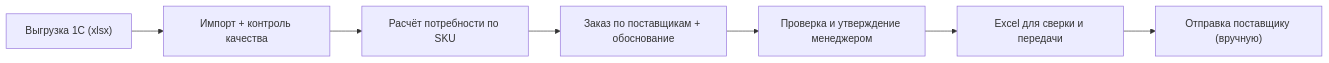
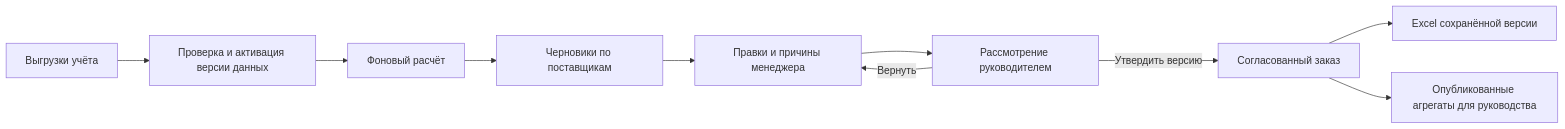
The diagram in docs/КОНЦЕПЦИЯ_СИСТЕМЫ_РК.md (BAITC-Hacks/hack-a84ff6d0-hubtech), drawn with Mermaid before and after one commit. The commit also changed other lines of this file and 120 other files, not shown here.

````diff
--- a/docs/КОНЦЕПЦИЯ_СИСТЕМЫ_РК.md
+++ b/docs/КОНЦЕПЦИЯ_СИСТЕМЫ_РК.md
@@ -62,9 +35,12 @@
 ```mermaid
 flowchart LR
-    A["Выгрузка 1С (xlsx)"] --> B["Импорт + контроль качества"]
-    B --> C["Расчёт потребности по SKU"]
-    C --> D["Заказ по поставщикам + обоснование"]
-    D --> E["Проверка и утверждение менеджером"]
-    E --> F["Excel для сверки и передачи"]
-    F --> G["Отправка поставщику (вручную)"]
+    X["Выгрузки учёта"] --> V["Проверка и активация версии данных"]
+    V --> C["Фоновый расчёт"]
+    C --> D["Черновики по поставщикам"]
+    D --> E["Правки и причины менеджера"]
+    E --> R["Рассмотрение руководителем"]
+    R -->|Вернуть| E
+    R -->|Утвердить версию| A["Согласованный заказ"]
+    A --> F["Excel сохранённой версии"]
+    A --> M["Опубликованные агрегаты для руководства"]
 ```
````
